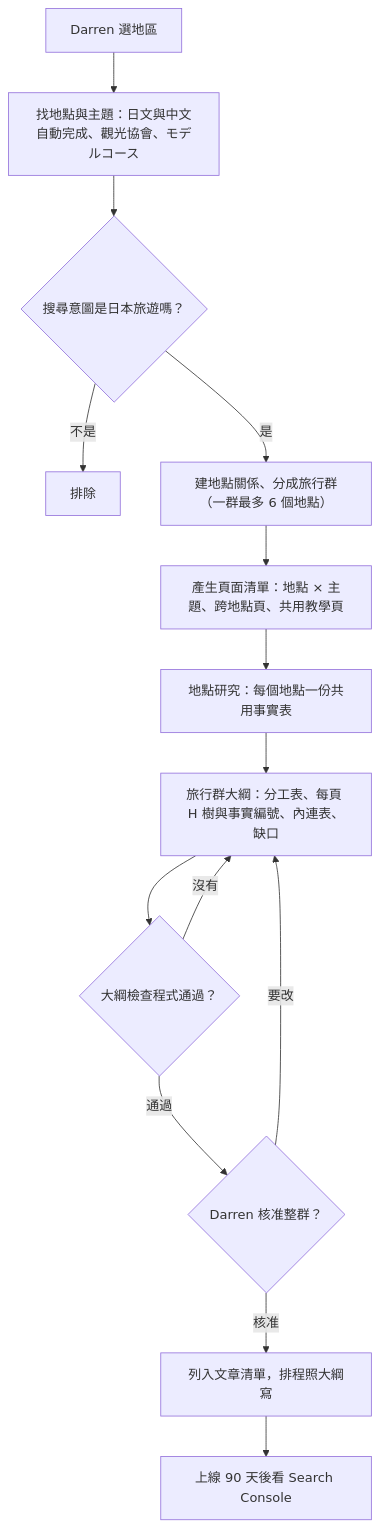
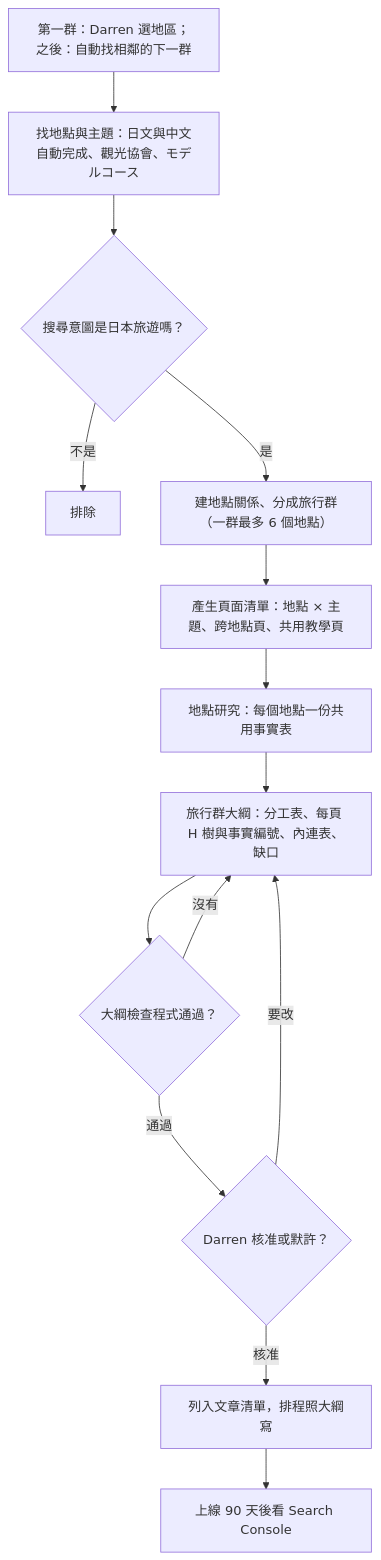
The diagram in .agents/skills/japan-travel-topic-planner/references/selection-workflow.md (maoyao030/japan-travel), drawn with Mermaid before and after one commit. The commit also changed other lines of this file and 8 other files, not shown here.

````diff
--- a/.agents/skills/japan-travel-topic-planner/references/selection-workflow.md
+++ b/.agents/skills/japan-travel-topic-planner/references/selection-workflow.md
@@ -5,16 +5,16 @@
 ```mermaid
 flowchart TD
-    A["Darren 選地區"] --> B["找地點與主題：日文與中文自動完成、觀光協會、モデルコース"]
+    A["第一群：Darren 選地區；之後：自動找相鄰的下一群"] --> B["找地點與主題：日文與中文自動完成、觀光協會、モデルコース"]
     B --> C{"搜尋意圖是日本旅遊嗎？"}
     C -- "不是" --> C1["排除"]
     C -- "是" --> D["建地點關係、分成旅行群（一群最多 6 個地點）"]
     D --> E["產生頁面清單：地點 × 主題、跨地點頁、共用教學頁"]
     E --> F["地點研究：每個地點一份共用事實表"]
     F --> G["旅行群大綱：分工表、每頁 H 樹與事實編號、內連表、缺口"]
     G --> H{"大綱檢查程式通過？"}
     H -- "沒有" --> G
-    H -- "通過" --> I{"Darren 核准整群？"}
+    H -- "通過" --> I{"Darren 核准或默許？"}
     I -- "要改" --> G
     I -- "核准" --> J["列入文章清單，排程照大綱寫"]
     J --> K["上線 90 天後看 Search Console"]
 ```
````
